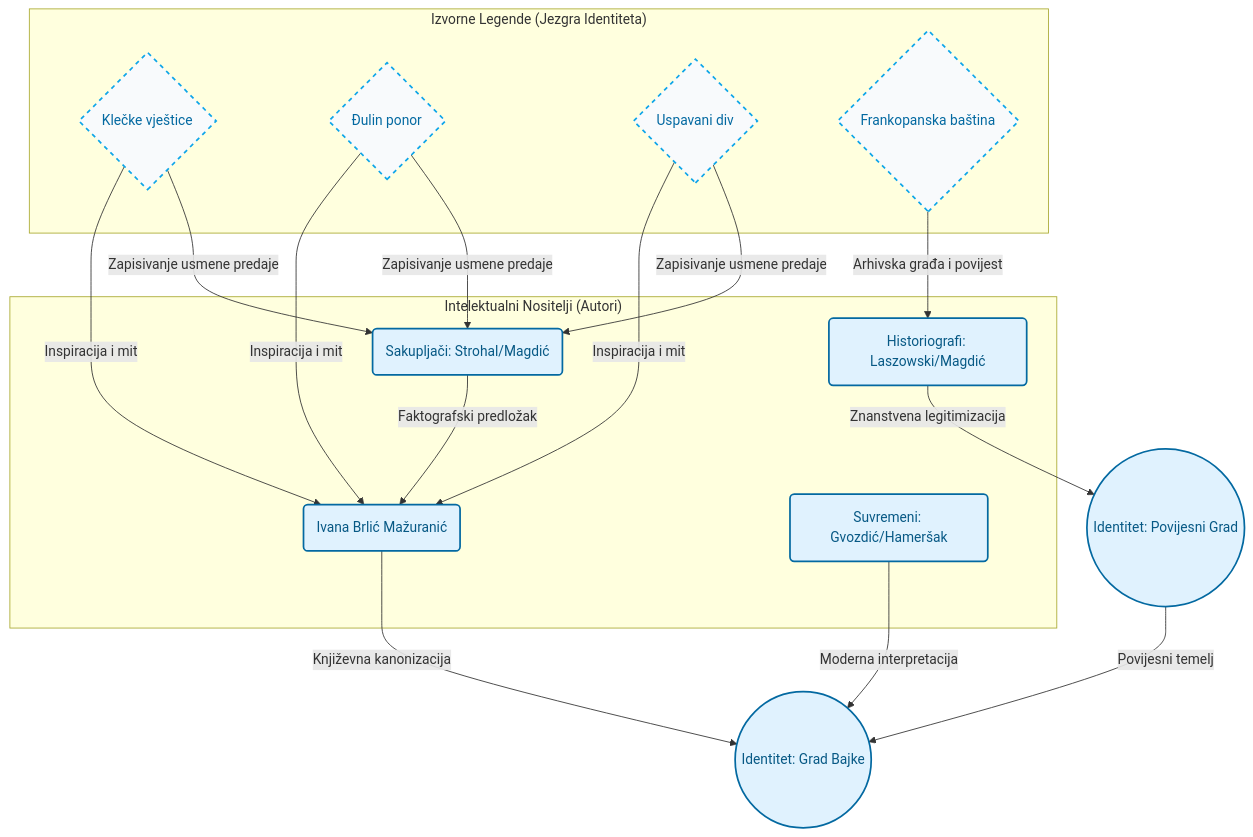
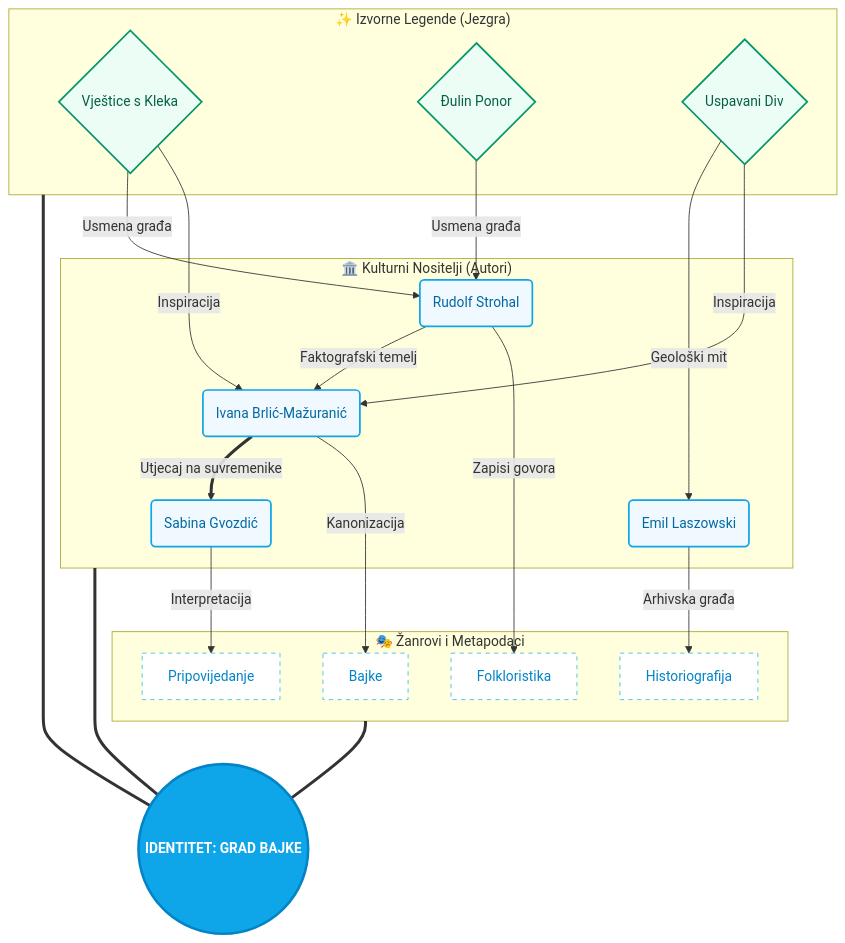
The diagram in report/report_1.md (izabelabalon22-ship-it/Mre-a-veza-ogulinskih-autora), drawn with Mermaid before and after one commit. The commit also changed other lines of this file and 5 other files, not shown here.

````diff
--- a/report/report_1.md
+++ b/report/report_1.md
@@ -36,33 +36,48 @@
 ```mermaid
 graph TD
-    subgraph "Intelektualni Nositelji (Autori)"
-        IBM(Ivana Brlić Mažuranić)
-        HIS(Historiografi: Laszowski/Magdić)
-        SAK(Sakupljači: Strohal/Magdić)
-        SUV(Suvremeni: Gvozdić/Hameršak)
+    %% Definiranje čvorova s emotikonima za vizualni identitet
+    subgraph S1 ["🏛️ Kulturni Nositelji (Autori)"]
+        IBM(Ivana Brlić-Mažuranić):::blueNode
+        HIS(Emil Laszowski):::blueNode
+        STR(Rudolf Strohal):::blueNode
+        SUV(Sabina Gvozdić):::blueNode
     end
+
+    subgraph S2 ["🎭 Žanrovi i Metapodaci"]
+        G1[Bajke]:::metaNode
+        G2[Historiografija]:::metaNode
+        G3[Folkloristika]:::metaNode
+        G4[Pripovijedanje]:::metaNode
+    end
+
+    subgraph S3 ["✨ Izvorne Legende (Jezgra)"]
+        L1{Vještice s Kleka}:::greenNode
+        L2{Đulin Ponor}:::greenNode
+        L3{Uspavani Div}:::greenNode
+    end
+
+    %% Relacije i tokovi utjecaja
+    IBM -- "Kanonizacija" --> G1
+    HIS -- "Arhivska građa" --> G2
+    STR -- "Zapisi govora" --> G3
+    SUV -- "Interpretacija" --> G4
+
+    L1 & L3 -- "Inspiracija" --> IBM
+    L3 -- "Geološki mit" --> HIS
+    L1 & L2 -- "Usmena građa" --> STR
     
-    subgraph "Izvorne Legende (Jezgra Identiteta)"
-        L1{Klečke vještice}
-        L2{Đulin ponor}
-        L3{Uspavani div}
-        L4{Frankopanska baština}
-    end
+    %% Intelektualni mostovi
+    IBM == "Utjecaj na suvremenike" ==> SUV
+    STR -- "Faktografski temelj" --> IBM
     
-    L1 & L2 & L3 -- "Inspiracija i mit" --> IBM
-    L4 -- "Arhivska građa i povijest" --> HIS
-    L1 & L2 & L3 -- "Zapisivanje usmene predaje" --> SAK
+    %% Konačni identitetski izlaz
+    IDB((IDENTITET: GRAD BAJKE)):::idNode
     
-    IBM -- "Književna kanonizacija" --> IDB((Identitet: Grad Bajke))
-    HIS -- "Znanstvena legitimizacija" --> IDP((Identitet: Povijesni Grad))
-    
-    SAK -- "Faktografski predložak" --> IBM
-    SUV -- "Moderna interpretacija" --> IDB
-    
-    IDP -- "Povijesni temelj" --> IDB
-    
-    classDef blueNode fill:#e0f2fe,stroke:#0369a1,stroke-width:2px,color:#075985;
-    classDef coreNode fill:#f8fafc,stroke:#0ea5e9,stroke-width:2px,stroke-dasharray: 5 5,color:#0369a1;
-    class IBM,HIS,SAK,SUV,IDB,IDP blueNode;
-    class L1,L2,L3,L4 coreNode;
+    S1 & S2 & S3 === IDB
+
+    %% Napredno stiliziranje (Svijetlo plavi i smaragdni tonovi)
+    classDef blueNode fill:#f0f9ff,stroke:#0ea5e9,stroke-width:2px,color:#0369a1;
+    classDef metaNode fill:#ffffff,stroke:#38bdf8,stroke-width:1px,stroke-dasharray: 5 5,color:#0284c7;
+    classDef greenNode fill:#ecfdf5,stroke:#059669,stroke-width:2px,color:#065f46;
+    classDef idNode fill:#0ea5e9,stroke:#0284c7,stroke-width:3px,color:#fff,font-weight:bold;
 ```
````
